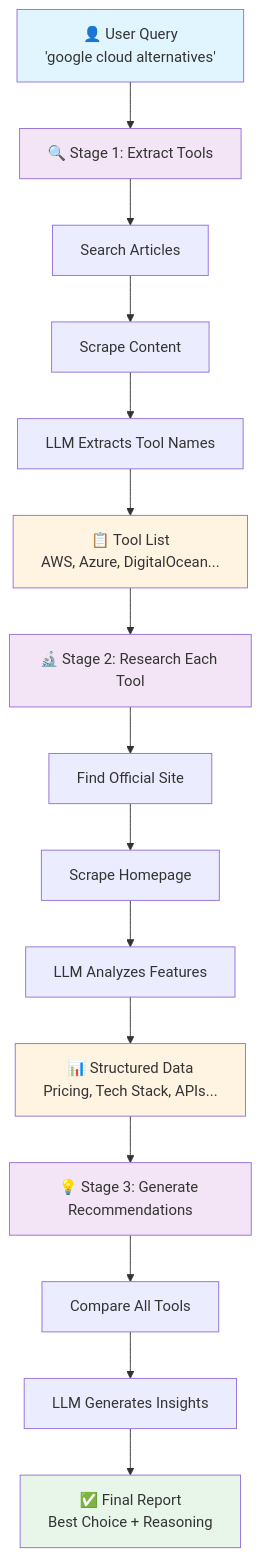
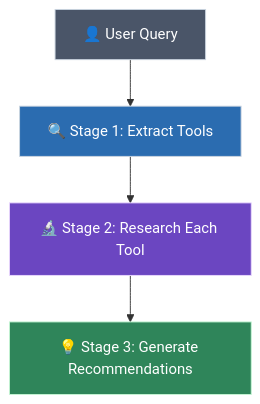
Before and after one commit to YassineNefzi/CodeScout: the diagram in README.md, drawn with Mermaid. The commit also changed other lines of this file, not shown here.

````diff
--- a/README.md
+++ b/README.md
@@ -25,30 +25,13 @@
 ```mermaid
 graph TD
-    A[👤 User Query<br/>'google cloud alternatives'] --> B[🔍 Stage 1: Extract Tools]
+    A[👤 User Query] --> B[🔍 Stage 1: Extract Tools]
+    B --> C[🔬 Stage 2: Research Each Tool]
+    C --> D[💡 Stage 3: Generate Recommendations]
 
-    B --> B1[Search Articles]
-    B1 --> B2[Scrape Content]
-    B2 --> B3[LLM Extracts Tool Names]
-    B3 --> C[📋 Tool List<br/>AWS, Azure, DigitalOcean...]
+    %% Light/Dark Mode Friendly Styles
+    style A fill:#4A5568,stroke:#CBD5E0,color:white
+    style B fill:#2B6CB0,stroke:#CBD5E0,color:white
+    style C fill:#6B46C1,stroke:#E9D8FD,color:white
+    style D fill:#2F855A,stroke:#C6F6D5,color:white
 
-    C --> D[🔬 Stage 2: Research Each Tool]
-
-    D --> D1[Find Official Site]
-    D1 --> D2[Scrape Homepage]
-    D2 --> D3[LLM Analyzes Features]
-    D3 --> E[📊 Structured Data<br/>Pricing, Tech Stack, APIs...]
-
-    E --> F[💡 Stage 3: Generate Recommendations]
-
-    F --> F1[Compare All Tools]
-    F1 --> F2[LLM Generates Insights]
-    F2 --> G[✅ Final Report<br/>Best Choice + Reasoning]
-
-    style A fill:#e1f5ff
-    style C fill:#fff4e1
-    style E fill:#fff4e1
-    style G fill:#e8f5e9
-    style B fill:#f3e5f5
-    style D fill:#f3e5f5
-    style F fill:#f3e5f5
 ```
````
